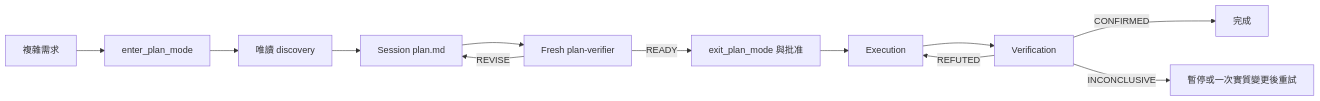
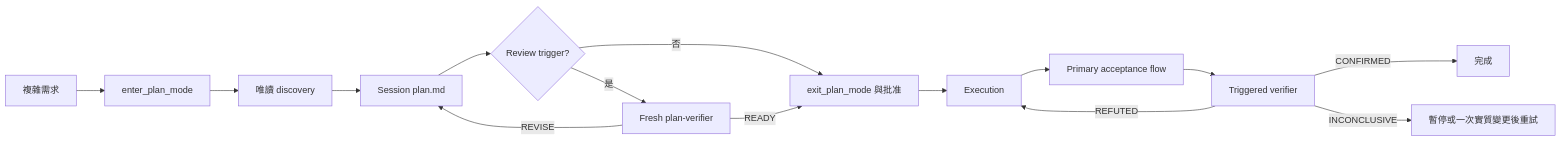
One commit to Nanako0129/pilotfish-grok changed the third of 3 diagrams in README.zh-TW.md. Above: the diagram before and after it, drawn with Mermaid. The commit also changed other lines of this file and 11 other files, not shown here.

First line of the commit message:
fix(orchestration): calibrate risk-triggered review gates

````diff
--- a/README.zh-TW.md
+++ b/README.zh-TW.md
@@ -123,14 +128,17 @@
 ```mermaid
 flowchart LR
     R[複雜需求] --> N[enter_plan_mode]
     N --> D[唯讀 discovery]
     D --> P[Session plan.md]
-    P --> PV[Fresh plan-verifier]
+    P --> T{Review trigger?}
+    T -->|是| PV[Fresh plan-verifier]
+    T -->|否| A
     PV -->|REVISE| P
     PV -->|READY| A[exit_plan_mode 與批准]
     A --> E[Execution]
-    E --> V[Verification]
+    E --> F[Primary acceptance flow]
+    F --> V[Triggered verifier]
     V -->|REFUTED| E
     V -->|CONFIRMED| Done[完成]
     V -->|INCONCLUSIVE| Pause[暫停或一次實質變更後重試]
 ```
````
